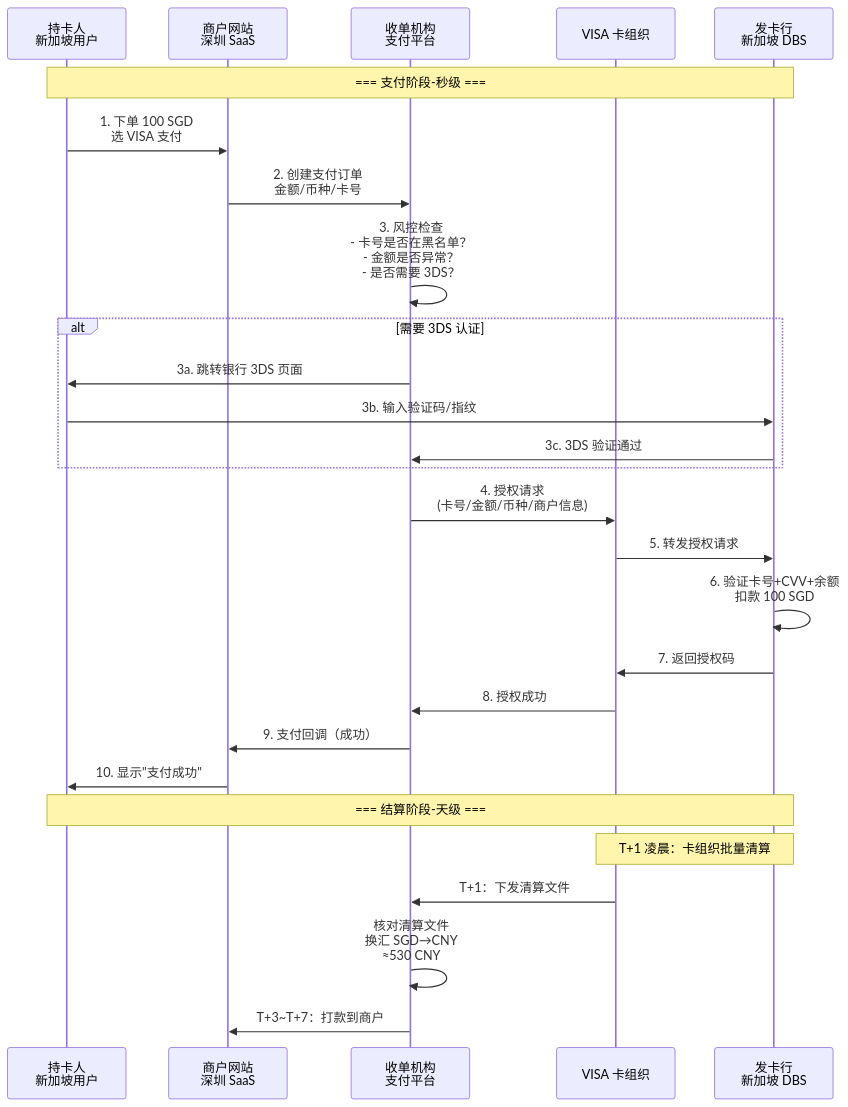
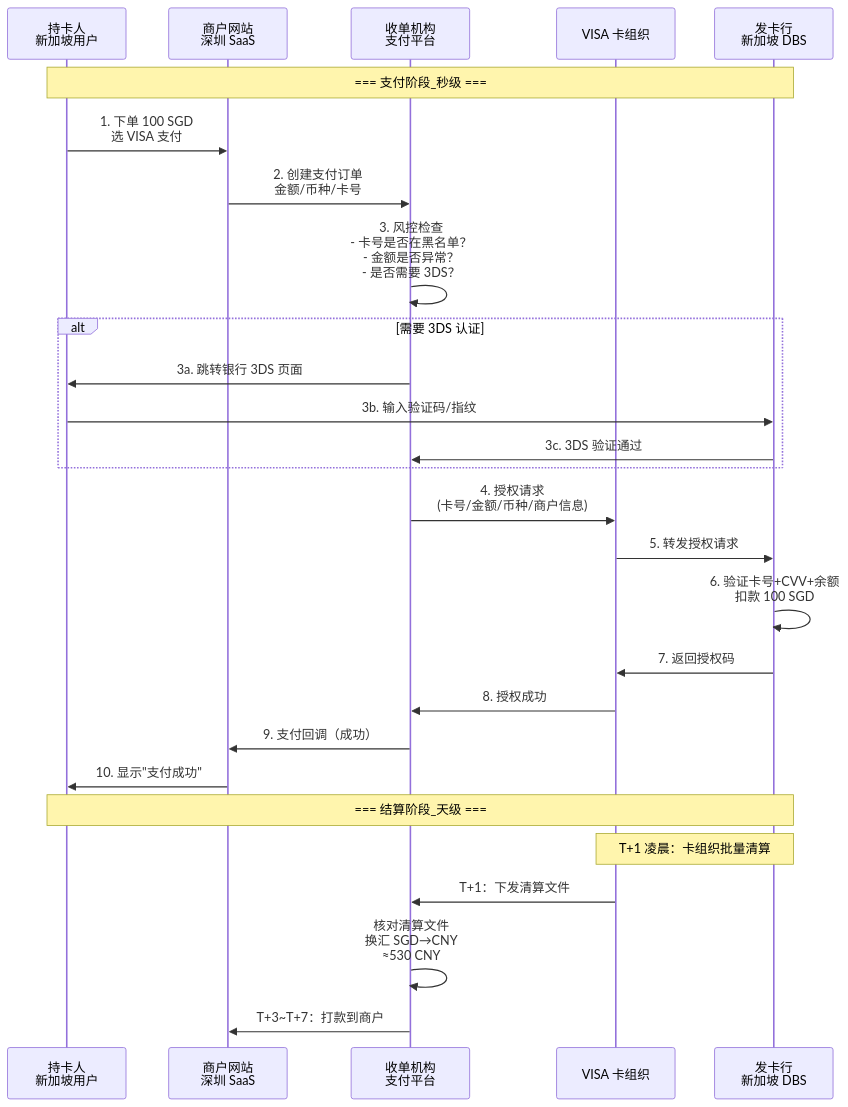
The first of 3 diagrams in docs/biz/跨境支付收单/3_外卡支付链路-从授权到结算.md (xiaobo1997/programmer-knowledge-graph), drawn with Mermaid before and after one commit. The commit also changed 12 other files, not shown here.

````diff
--- a/docs/biz/跨境支付收单/3_外卡支付链路-从授权到结算.md
+++ b/docs/biz/跨境支付收单/3_外卡支付链路-从授权到结算.md
@@ -35,36 +35,36 @@
 ```mermaid
 sequenceDiagram
     participant U as 持卡人<br/>新加坡用户
     participant M as 商户网站<br/>深圳 SaaS
     participant P as 收单机构<br/>支付平台
     participant V as VISA 卡组织
     participant I as 发卡行<br/>新加坡 DBS
     
-    Note over U,I: === 支付阶段-秒级 ===
+    Note over U,I: === 支付阶段_秒级 ===
     
     U->>M: 1. 下单 100 SGD<br/>选 VISA 支付
     M->>P: 2. 创建支付订单<br/>金额/币种/卡号
     
     P->>P: 3. 风控检查<br/>- 卡号是否在黑名单？<br/>- 金额是否异常？<br/>- 是否需要 3DS？
     
     alt 需要 3DS 认证
         P->>U: 3a. 跳转银行 3DS 页面
         U->>I: 3b. 输入验证码/指纹
         I->>P: 3c. 3DS 验证通过
     end
     
     P->>V: 4. 授权请求<br/>(卡号/金额/币种/商户信息)
     V->>I: 5. 转发授权请求
     I->>I: 6. 验证卡号+CVV+余额<br/>扣款 100 SGD
     I->>V: 7. 返回授权码
     V->>P: 8. 授权成功
     P->>M: 9. 支付回调（成功）
     M->>U: 10. 显示"支付成功"
     
-    Note over U,I: === 结算阶段-天级 ===
+    Note over U,I: === 结算阶段_天级 ===
     
     Note over V,I: T+1 凌晨：卡组织批量清算
     V->>P: T+1：下发清算文件
     P->>P: 核对清算文件<br/>换汇 SGD→CNY<br/>≈530 CNY
     P->>M: T+3~T+7：打款到商户
 ```
````
